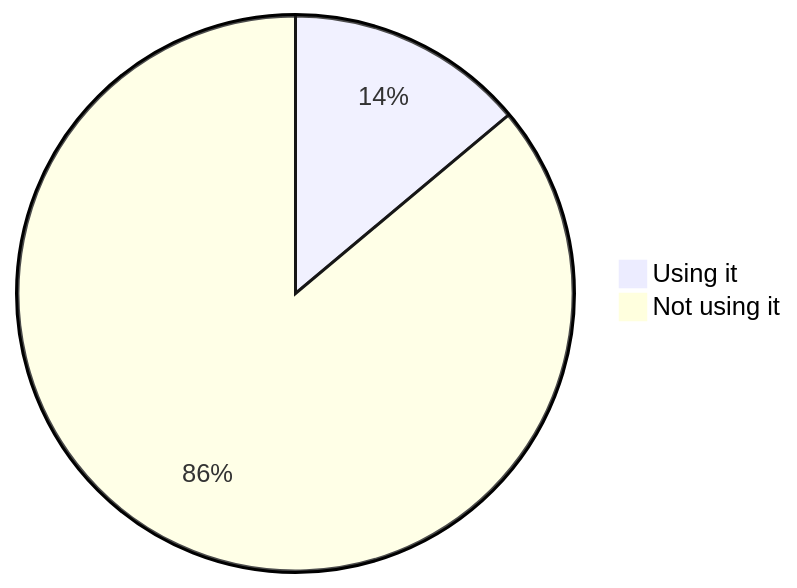
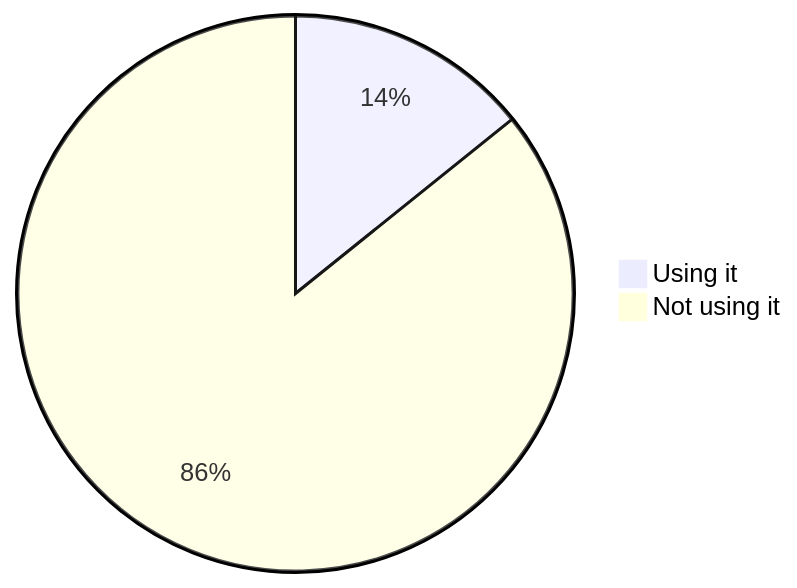
Before and after one commit to oshp/oshp-stats: the fourth of 22 diagrams in stats.md, drawn with Mermaid. The commit also changed other lines of this file, not shown here.

````diff
--- a/stats.md
+++ b/stats.md
@@ -46,6 +46,6 @@
 ```mermaid
 pie
-	"Using it" : 13.9
-	"Not using it" : 86.1
+	"Using it" : 14.22
+	"Not using it" : 85.78
 
 ```
````
